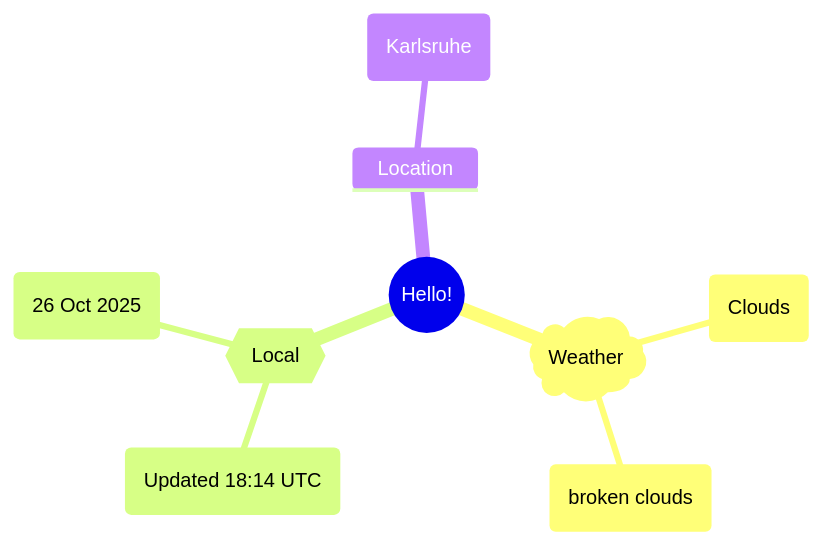
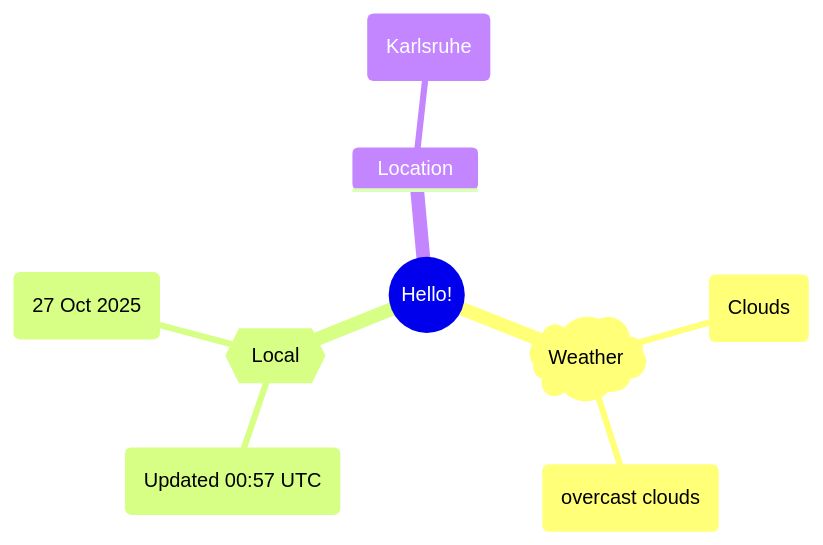
One commit to Xosrov/Xosrov changed the first of 2 diagrams in README.md. Above: the diagram before and after it, drawn with Mermaid.

Commit message:
[bot] updated images

````diff
--- a/README.md
+++ b/README.md
@@ -3,12 +3,12 @@
 ```mermaid
 mindmap
   root((Hello!))
     )Weather(
         (Clouds)
-        (broken clouds)
+        (overcast clouds)
     {{Local}}
-        (Updated 18:14 UTC)
-        (26 Oct 2025)
+        (Updated 00:57 UTC)
+        (27 Oct 2025)
     Location
         (Karlsruhe)
 ```
````
